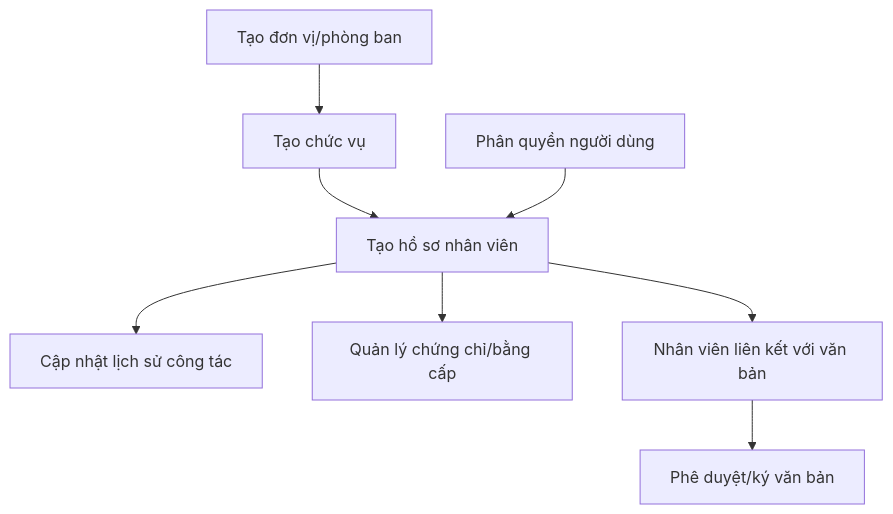
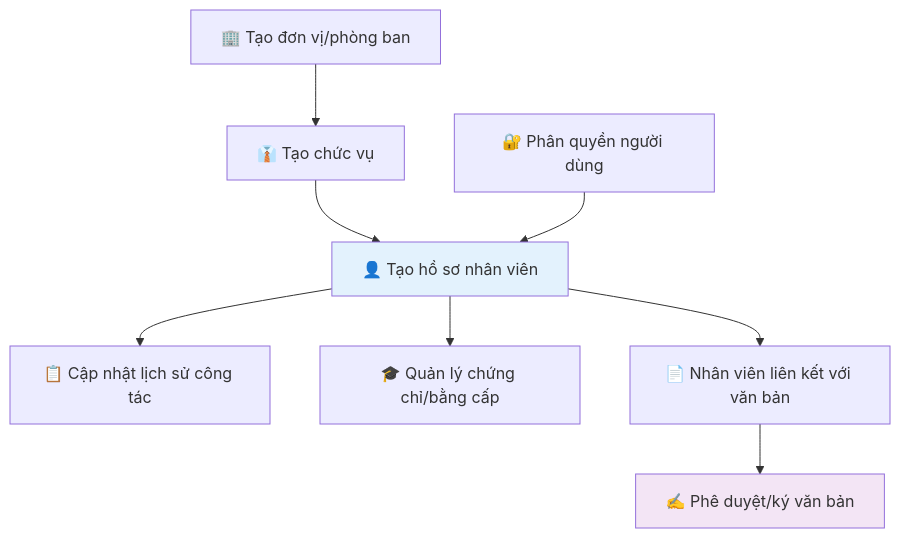
The seventh of 11 diagrams in README.md (lamngoctuu18/TTDN-16-01-N6), drawn with Mermaid before and after one commit. The commit also changed other lines of this file and 24 other files, not shown here.

````diff
--- a/README.md
+++ b/README.md
@@ -322,10 +516,13 @@
 ```mermaid
 flowchart TD
-    H1[Tạo đơn vị/phòng ban] --> H2[Tạo chức vụ]
-    H2 --> H3[Tạo hồ sơ nhân viên]
-    H3 --> H4[Cập nhật lịch sử công tác]
-    H3 --> H5[Quản lý chứng chỉ/bằng cấp]
-    H6[Phân quyền người dùng] --> H3
-    H7[Nhân viên liên kết với văn bản] --> H8[Phê duyệt/ký văn bản]
+    H1[🏢 Tạo đơn vị/phòng ban] --> H2[👔 Tạo chức vụ]
+    H2 --> H3[👤 Tạo hồ sơ nhân viên]
+    H3 --> H4[📋 Cập nhật lịch sử công tác]
+    H3 --> H5[🎓 Quản lý chứng chỉ/bằng cấp]
+    H6[🔐 Phân quyền người dùng] --> H3
+    H7[📄 Nhân viên liên kết với văn bản] --> H8[✍️ Phê duyệt/ký văn bản]
     H3 --> H7
+    
+    style H3 fill:#e3f2fd
+    style H8 fill:#f3e5f5
 ```
````
